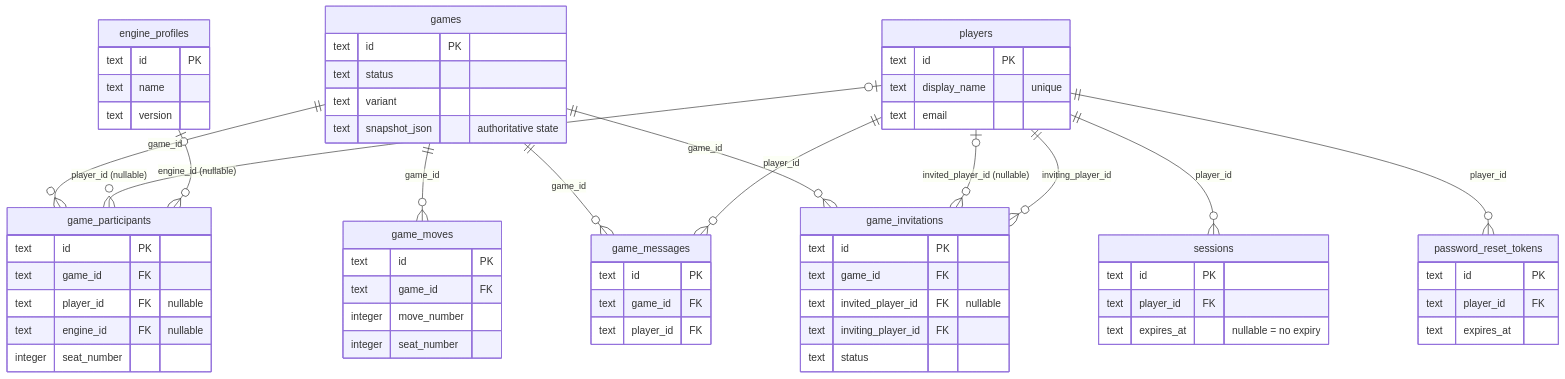
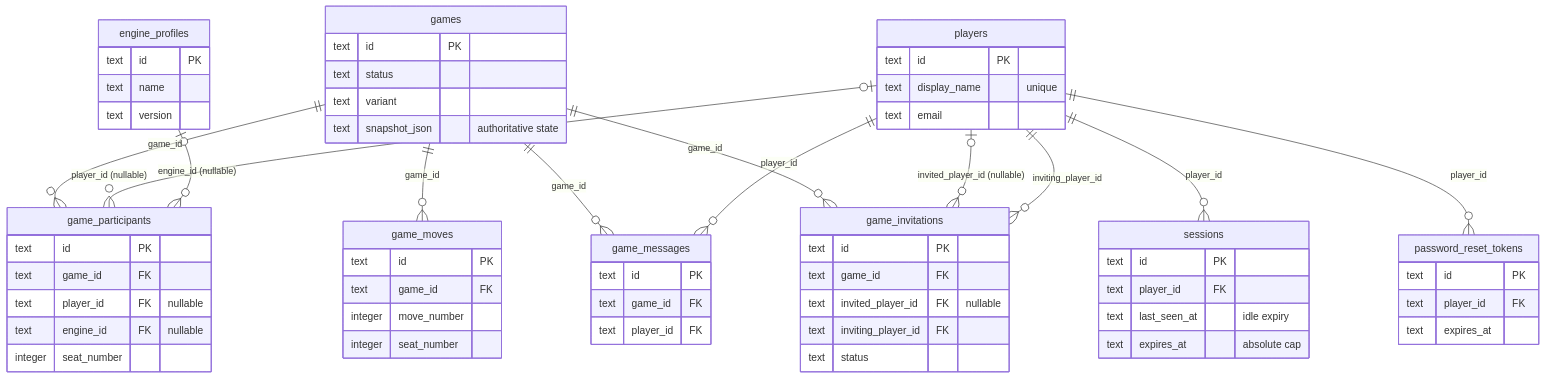
The diagram in docs/4.2-database-schema.md (SteveStyle/tile-lite-elite), drawn with Mermaid before and after one commit. The commit also changed other lines of this file and 6 other files, not shown here.

````diff
--- a/docs/4.2-database-schema.md
+++ b/docs/4.2-database-schema.md
@@ -11,68 +11,69 @@
 ```mermaid
 erDiagram
     games ||--o{ game_participants : "game_id"
     games ||--o{ game_moves : "game_id"
     games ||--o{ game_messages : "game_id"
     games ||--o{ game_invitations : "game_id"
 
     players ||--o{ sessions : "player_id"
     players ||--o{ password_reset_tokens : "player_id"
     players |o--o{ game_participants : "player_id (nullable)"
     players ||--o{ game_messages : "player_id"
     players |o--o{ game_invitations : "invited_player_id (nullable)"
     players ||--o{ game_invitations : "inviting_player_id"
 
     engine_profiles |o--o{ game_participants : "engine_id (nullable)"
 
     games {
         text id PK
         text status
         text variant
         text snapshot_json "authoritative state"
     }
     game_participants {
         text id PK
         text game_id FK
         text player_id FK "nullable"
         text engine_id FK "nullable"
         integer seat_number
     }
     game_moves {
         text id PK
         text game_id FK
         integer move_number
         integer seat_number
     }
     game_messages {
         text id PK
         text game_id FK
         text player_id FK
     }
     game_invitations {
         text id PK
         text game_id FK
         text invited_player_id FK "nullable"
         text inviting_player_id FK
         text status
     }
     players {
         text id PK
         text display_name "unique"
         text email
     }
     sessions {
         text id PK
         text player_id FK
-        text expires_at "nullable = no expiry"
+        text last_seen_at "idle expiry"
+        text expires_at "absolute cap"
     }
     password_reset_tokens {
         text id PK
         text player_id FK
         text expires_at
     }
     engine_profiles {
         text id PK
         text name
         text version
     }
 ```
````
